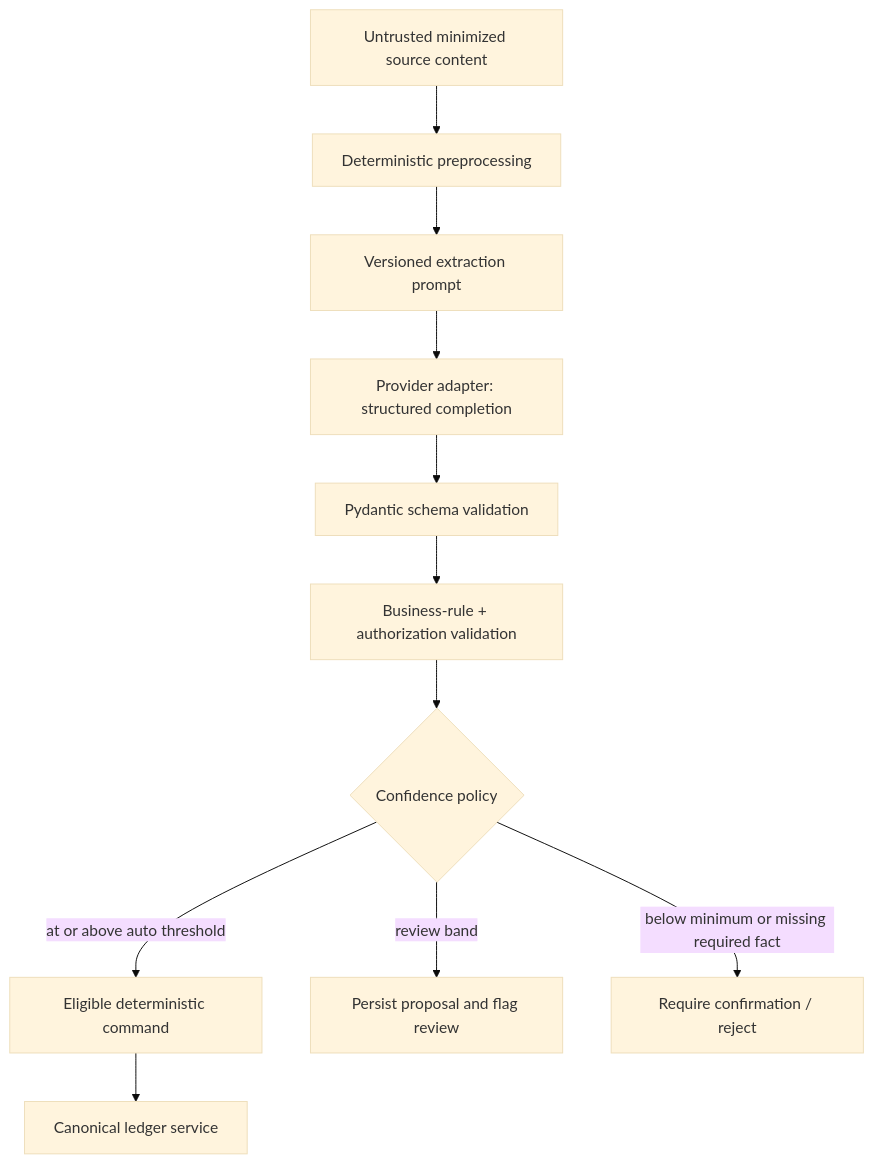
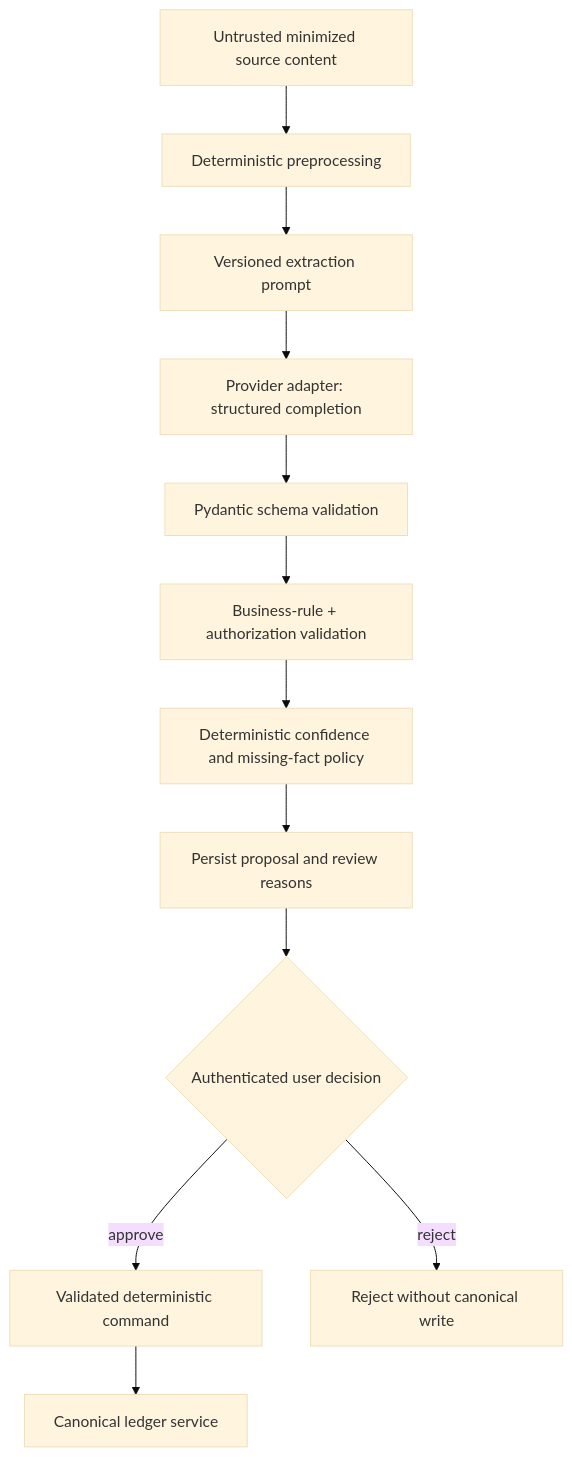
One commit to DIECINIUM/Expensea changed the first of 2 diagrams in docs/ai-design.md. Above: the diagram before and after it, drawn with Mermaid (base theme). The commit also changed other lines of this file and 8 other files, not shown here.

````diff
--- a/docs/ai-design.md
+++ b/docs/ai-design.md
@@ -50,19 +50,20 @@
 ```mermaid
 flowchart TD
     Input[Untrusted minimized source content]
     Pre[Deterministic preprocessing]
     Prompt[Versioned extraction prompt]
     Model[Provider adapter: structured completion]
     Schema[Pydantic schema validation]
     Rules[Business-rule + authorization validation]
-    Confidence{Confidence policy}
-    Auto[Eligible deterministic command]
-    Flag[Persist proposal and flag review]
-    Block[Require confirmation / reject]
+    Confidence[Deterministic confidence and missing-fact policy]
+    Flag[Persist proposal and review reasons]
+    Review{Authenticated user decision}
+    Command[Validated deterministic command]
+    Block[Reject without canonical write]
     Ledger[Canonical ledger service]
 
     Input --> Pre --> Prompt --> Model --> Schema --> Rules --> Confidence
-    Confidence -->|at or above auto threshold| Auto --> Ledger
-    Confidence -->|review band| Flag
-    Confidence -->|below minimum or missing required fact| Block
+    Confidence --> Flag --> Review
+    Review -->|approve| Command --> Ledger
+    Review -->|reject| Block
 ```
````
